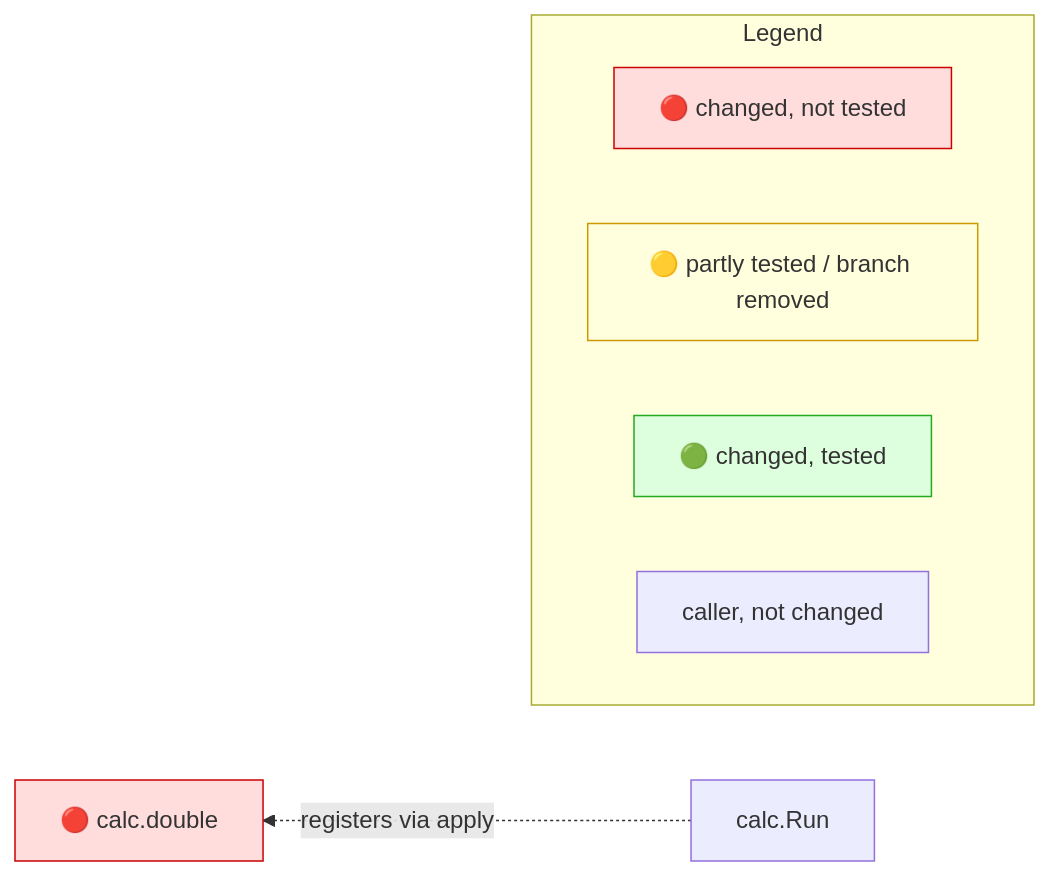
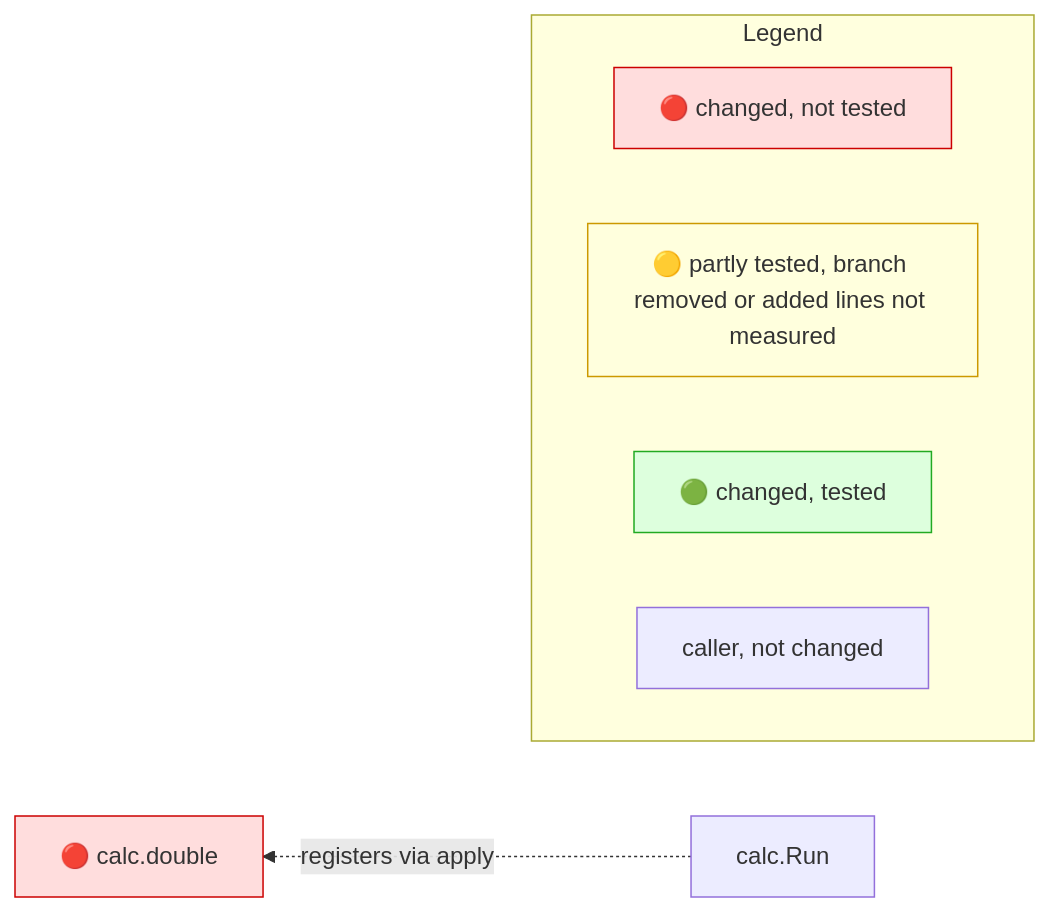
One commit to Kevinbarrero/mr-impact changed the diagram in testdata/e2e/callback_value/expected.golden.md. Above: the diagram before and after it, drawn with Mermaid. The commit also changed other lines of this file and 25 other files, not shown here.

First line of the commit message:
fix(report): diagram legend and CoverText comment match the Legend wording

````diff
--- a/testdata/e2e/callback_value/expected.golden.md
+++ b/testdata/e2e/callback_value/expected.golden.md
@@ -13,16 +13,16 @@
 ```mermaid
 flowchart RL
   n0["🔴 calc.double"]:::red
   n1["calc.Run"]
   n1 -. "registers via apply" .-> n0
   subgraph legend ["Legend"]
     direction LR
     lr["🔴 changed, not tested"]:::red
-    ly["🟡 partly tested / branch removed"]:::yellow
+    ly["🟡 partly tested, branch removed or added lines not measured"]:::yellow
     lg["🟢 changed, tested"]:::green
     lc["caller, not changed"]
   end
   classDef red fill:#fdd,stroke:#c00
   classDef yellow fill:#ffd,stroke:#c90
   classDef green fill:#dfd,stroke:#2a2
 ```
````
